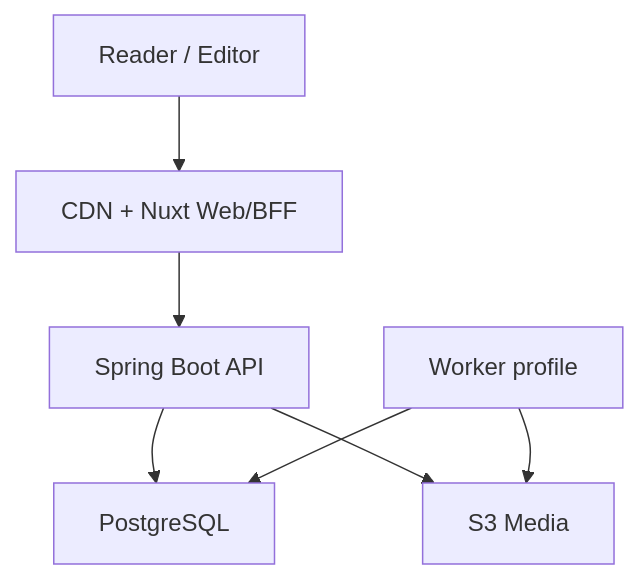
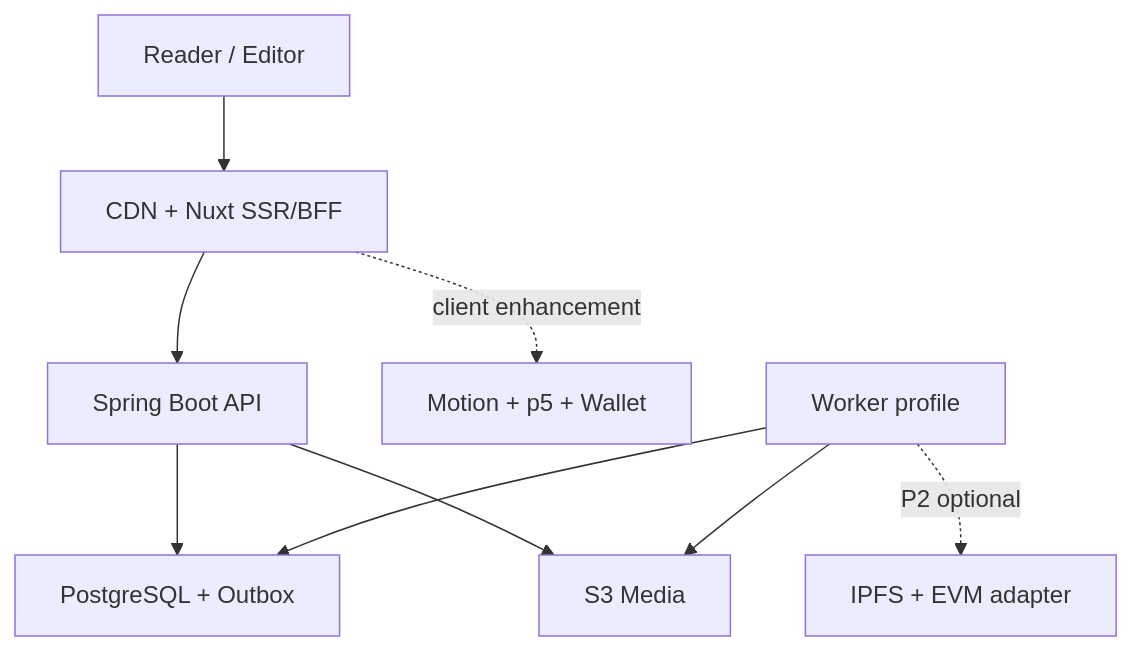
The first of 2 diagrams in specs/001-taiwan-basketball-magazine-ebook/plan.md (bynanci/courtside-tw), drawn with Mermaid before and after one commit. The commit also changed other lines of this file and 2 other files, not shown here.

Commit message:
Update plan for Web3, Motion, and p5

````diff
--- a/specs/001-taiwan-basketball-magazine-ebook/plan.md
+++ b/specs/001-taiwan-basketball-magazine-ebook/plan.md
@@ -64,9 +71,11 @@
 ```mermaid
 flowchart TD
-    R["Reader / Editor"] --> C["CDN + Nuxt Web/BFF"]
+    R["Reader / Editor"] --> C["CDN + Nuxt SSR/BFF"]
     C --> A["Spring Boot API"]
-    A --> D["PostgreSQL"]
+    C -. "client enhancement" .-> X["Motion + p5 + Wallet"]
+    A --> D["PostgreSQL + Outbox"]
     A --> O["S3 Media"]
     W["Worker profile"] --> D
     W --> O
+    W -. "P2 optional" .-> P["IPFS + EVM adapter"]
 ```
````
